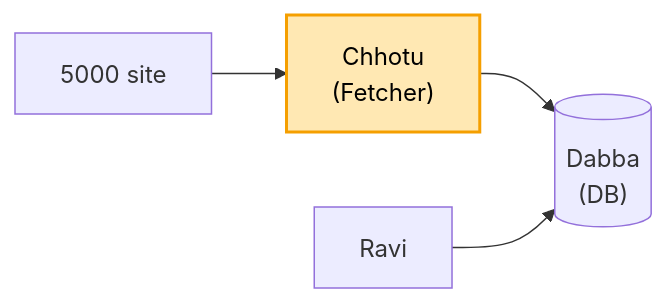
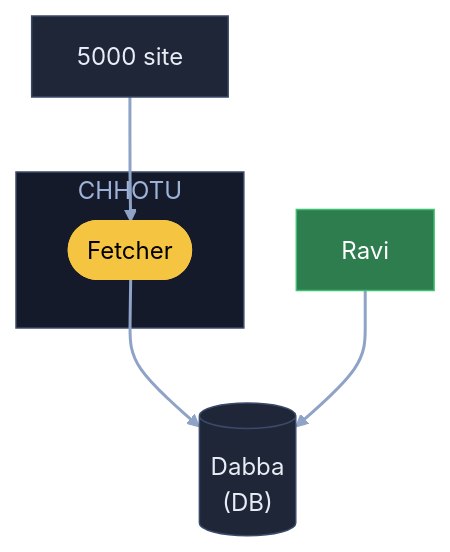
One commit to ArpanMaheshwari144/Prep changed the first of 11 diagrams in 04_HLD/SYSTEM_DESIGNS/08_news_aggregator/08_news_aggregator.md. Above: the diagram before and after it, drawn with Mermaid. The commit also changed other lines of this file, not shown here.

Commit message:
News: 11 diagram YouTube (reel) wale card andaaz me

````diff
--- a/04_HLD/SYSTEM_DESIGNS/08_news_aggregator/08_news_aggregator.md
+++ b/04_HLD/SYSTEM_DESIGNS/08_news_aggregator/08_news_aggregator.md
@@ -31,7 +31,18 @@
 ```mermaid
-flowchart LR
-    S["5000 site"] --> C["Chhotu<br/>(Fetcher)"]
-    C --> D[("Dabba<br/>(DB)")]
-    A["Ravi"] --> D
-    style C fill:#ffe8b3,stroke:#f59f00,stroke-width:2px,color:#000
+flowchart TB
+    S["5000 site"]:::card
+    subgraph CH["CHHOTU"]
+        C(["Fetcher"]):::pill
+    end
+    D[("Dabba<br/>(DB)")]:::card
+    A["Ravi"]:::good
+    S --> C
+    C --> D
+    A --> D
+    linkStyle default stroke:#8fa3c7,stroke-width:2px
+    classDef card fill:#1e2638,stroke:#3a4a6b,color:#e8ecf5
+    classDef pill fill:#f5c542,stroke:#f5c542,color:#000
+    classDef good fill:#2e7d4f,stroke:#3fbf6f,color:#fff
+    classDef bad fill:#5c1f24,stroke:#e05561,color:#fff
+    style CH fill:#141a29,stroke:#3a4a6b,color:#9fb3d9
 ```
````
